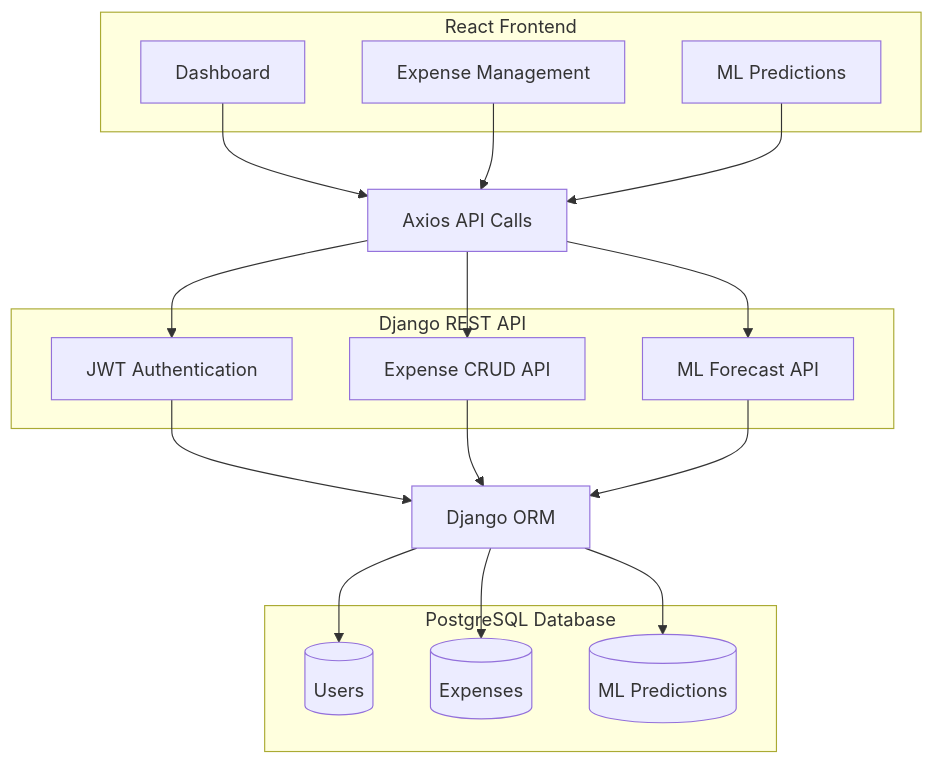
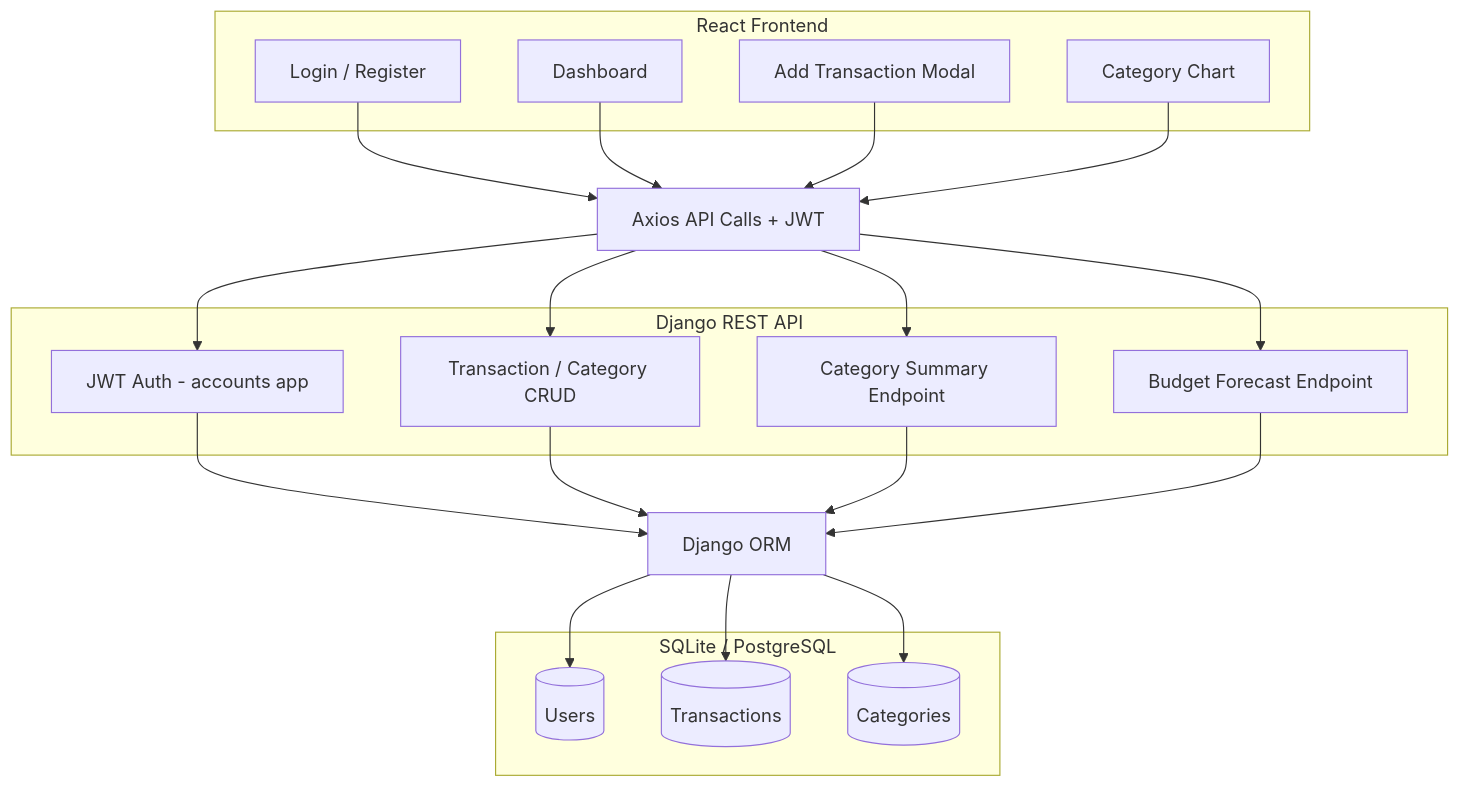
The diagram in README.md (IshitaSajeev/Spendara), drawn with Mermaid before and after one commit. The commit also changed other lines of this file, not shown here.

````diff
--- a/README.md
+++ b/README.md
@@ -63,41 +67,46 @@
 ```mermaid
 flowchart TD
 
     subgraph Frontend["React Frontend"]
         A[Dashboard]
-        B[Expense Management]
-        C[ML Predictions]
+        B[Add Transaction Modal]
+        C[Category Chart]
+        L[Login / Register]
     end
 
-    D[Axios API Calls]
+    D[Axios API Calls + JWT]
 
     subgraph Backend["Django REST API"]
-        E[JWT Authentication]
-        F[Expense CRUD API]
-        G[ML Forecast API]
+        E[JWT Auth - accounts app]
+        F[Transaction / Category CRUD]
+        G[Category Summary Endpoint]
+        M[Budget Forecast Endpoint]
     end
 
     H[Django ORM]
 
-    subgraph Database["PostgreSQL Database"]
+    subgraph Database["SQLite / PostgreSQL"]
         I[(Users)]
-        J[(Expenses)]
-        K[(ML Predictions)]
+        J[(Transactions)]
+        K[(Categories)]
     end
 
+    L --> D
     A --> D
     B --> D
     C --> D
 
     D --> E
     D --> F
     D --> G
+    D --> M
 
     E --> H
     F --> H
     G --> H
+    M --> H
 
     H --> I
     H --> J
     H --> K
 ```
````
